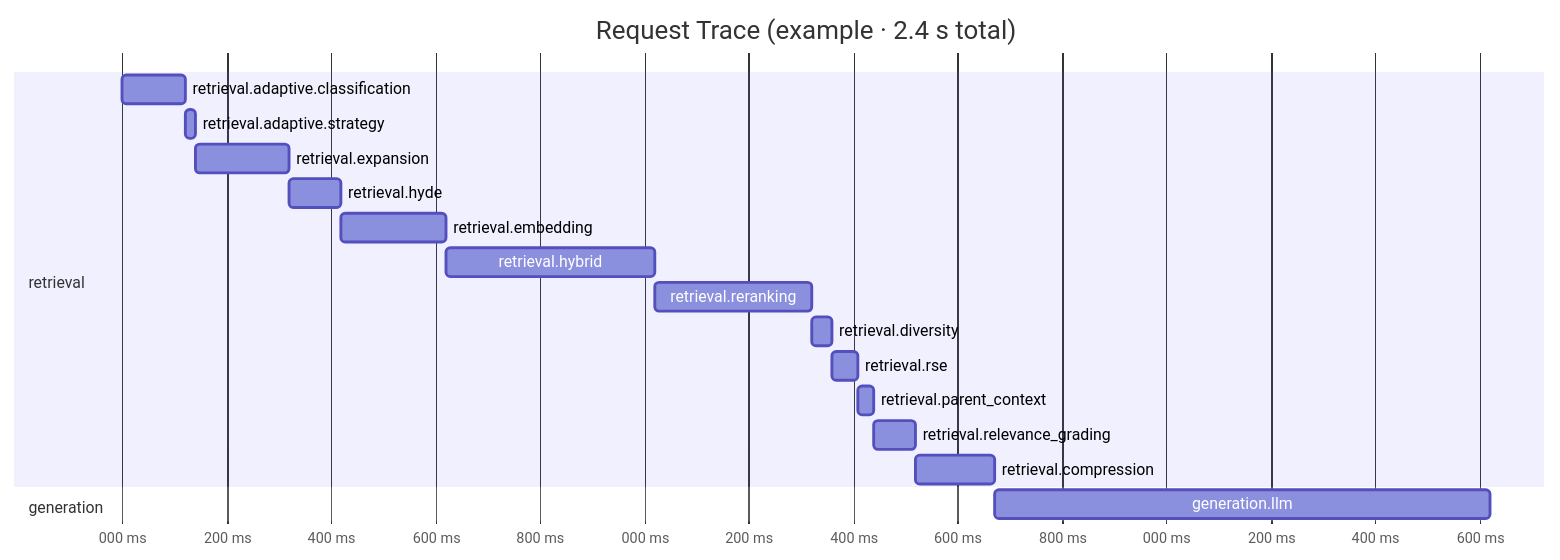
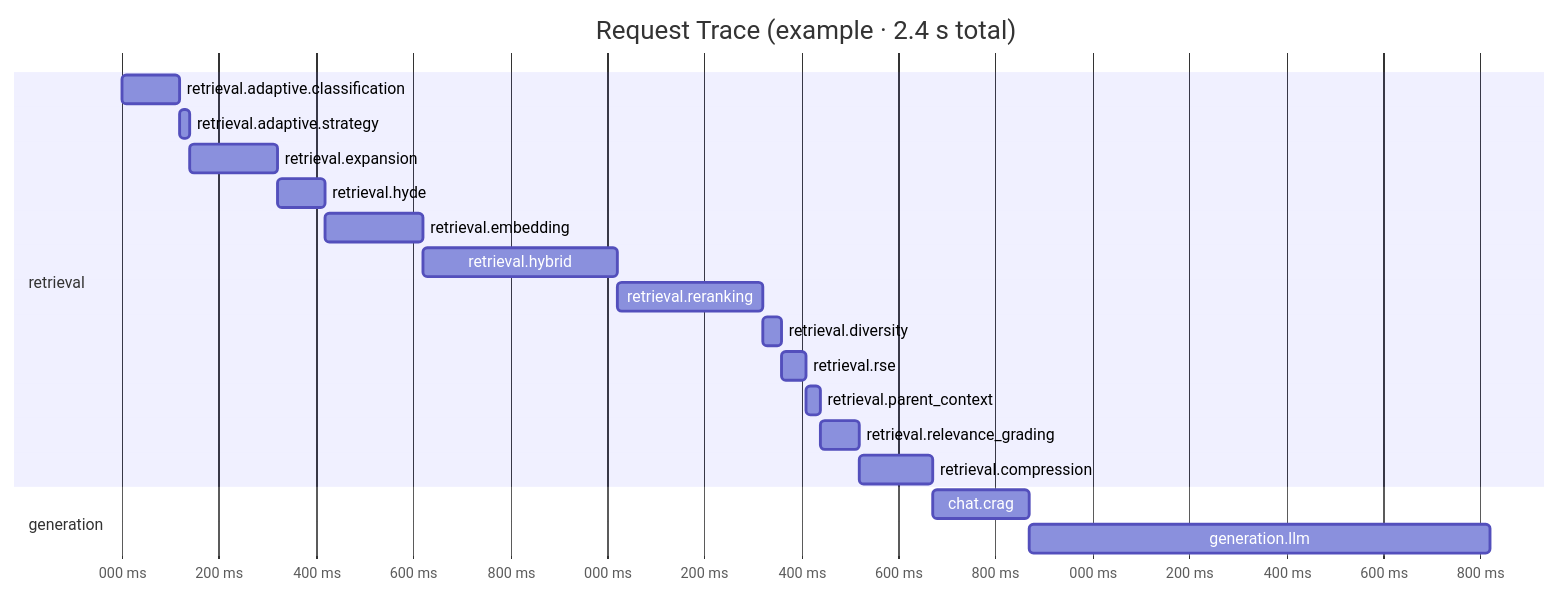
One commit to ealbertoav/rag_platform changed diagram 11 of 12 in README.md. Above: the diagram before and after it, drawn with Mermaid. The commit also changed other lines of this file, not shown here.

````diff
--- a/README.md
+++ b/README.md
@@ -1784,23 +1901,24 @@
 ```mermaid
 gantt
     title Request Trace (example · 2.4 s total)
     dateFormat  x
     axisFormat  %L ms
 
     section retrieval
     retrieval.adaptive.classification :0, 120
     retrieval.adaptive.strategy :120, 140
     retrieval.expansion    :140, 320
     retrieval.hyde         :320, 420
     retrieval.embedding    :420, 620
     retrieval.hybrid       :620, 1020
     retrieval.reranking    :1020, 1320
     retrieval.diversity    :1320, 1360
     retrieval.rse          :1360, 1410
     retrieval.parent_context :1410, 1440
     retrieval.relevance_grading :1440, 1520
     retrieval.compression  :1520, 1670
 
     section generation
-    generation.llm         :1670, 2620
+    chat.crag              :1670, 1870
+    generation.llm         :1870, 2820
 ```
````
